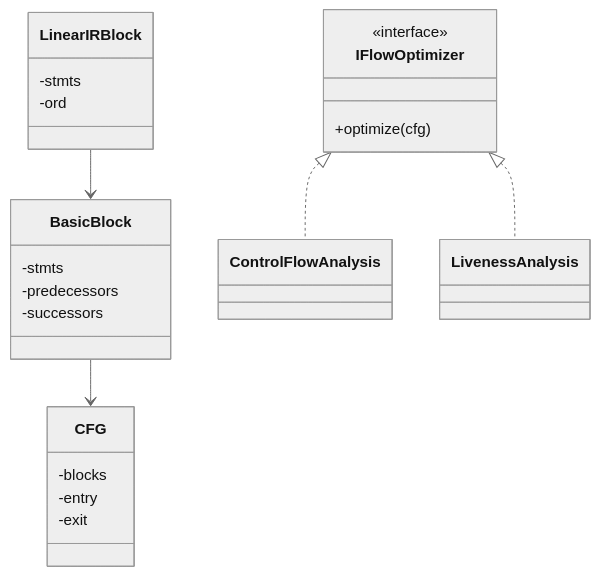
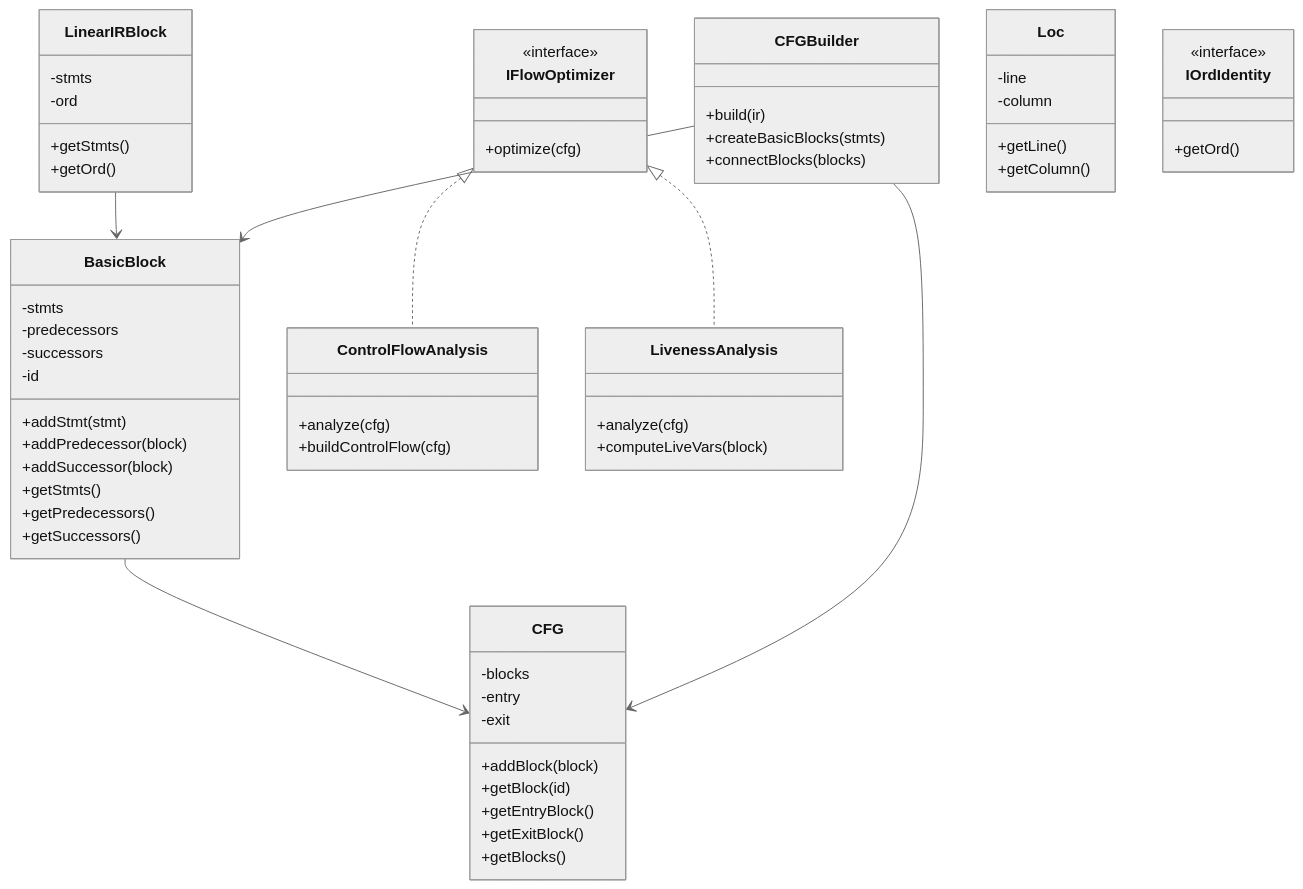
The fourth of 8 diagrams in ep20/docs/project-architecture.md (whtoo/How_to_implment_PL_in_Antlr4), drawn with Mermaid (neutral theme) before and after one commit. The commit also changed other lines of this file and 11 other files, not shown here.

First line of the commit message:
docs(README): 更新项目文档和架构图

````diff
--- a/ep20/docs/project-architecture.md
+++ b/ep20/docs/project-architecture.md
@@ -180,29 +267,73 @@
 ```mermaid
 classDiagram
     class BasicBlock {
         -stmts
         -predecessors
         -successors
+        -id
+        +addStmt(stmt)
+        +addPredecessor(block)
+        +addSuccessor(block)
+        +getStmts()
+        +getPredecessors()
+        +getSuccessors()
     }
     
     class CFG {
         -blocks
         -entry
         -exit
+        +addBlock(block)
+        +getBlock(id)
+        +getEntryBlock()
+        +getExitBlock()
+        +getBlocks()
     }
     
     class LinearIRBlock {
         -stmts
         -ord
+        +getStmts()
+        +getOrd()
     }
     
     class IFlowOptimizer {
         <<interface>>
         +optimize(cfg)
     }
     
+    class ControlFlowAnalysis {
+        +analyze(cfg)
+        +buildControlFlow(cfg)
+    }
+    
+    class LivenessAnalysis {
+        +analyze(cfg)
+        +computeLiveVars(block)
+    }
+    
+    class CFGBuilder {
+        +build(ir)
+        +createBasicBlocks(stmts)
+        +connectBlocks(blocks)
+    }
+    
+    class Loc {
+        -line
+        -column
+        +getLine()
+        +getColumn()
+    }
+    
+    class IOrdIdentity {
+        <<interface>>
+        +getOrd()
+    }
+    
     BasicBlock --> CFG
     LinearIRBlock --> BasicBlock
     IFlowOptimizer <|.. ControlFlowAnalysis
     IFlowOptimizer <|.. LivenessAnalysis
+    CFGBuilder --> BasicBlock
+    CFGBuilder --> CFG
 ```
````
